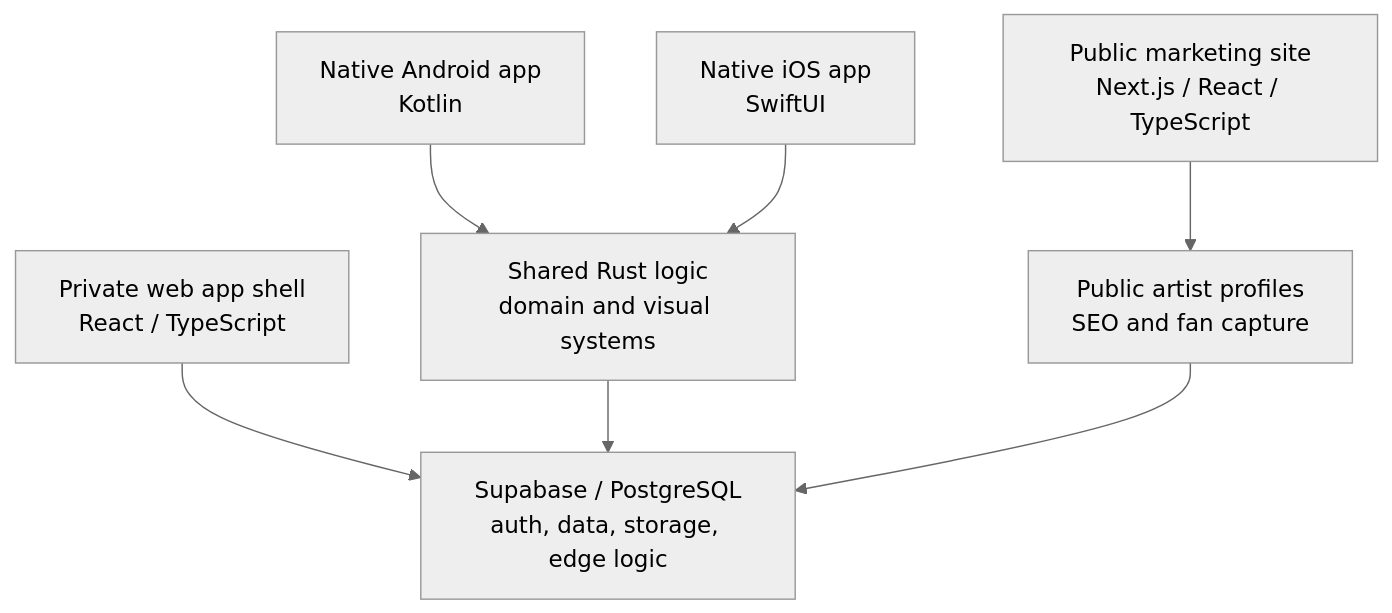
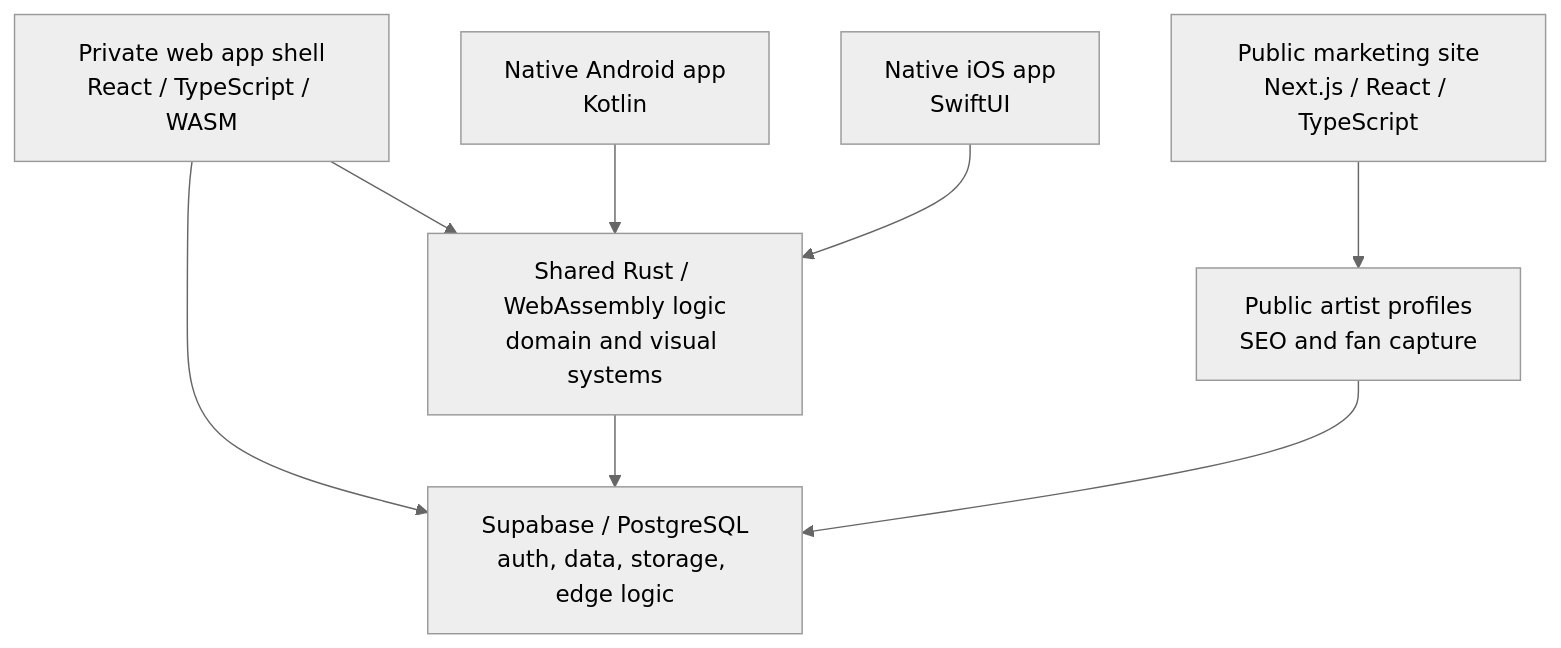
The diagram in README.md (alecrees/metopus-product-case-study), drawn with Mermaid (neutral theme) before and after one commit. The commit also changed other lines of this file and 1 other file, not shown here.

Commit message:
Clarify web app Rust and WASM architecture

````diff
--- a/README.md
+++ b/README.md
@@ -34,9 +34,10 @@
 ```mermaid
 flowchart TD
     A["Public marketing site<br/>Next.js / React / TypeScript"] --> B["Public artist profiles<br/>SEO and fan capture"]
-    C["Private web app shell<br/>React / TypeScript"] --> F["Supabase / PostgreSQL<br/>auth, data, storage, edge logic"]
-    D["Native Android app<br/>Kotlin"] --> G["Shared Rust logic<br/>domain and visual systems"]
+    C["Private web app shell<br/>React / TypeScript / WASM"] --> F["Supabase / PostgreSQL<br/>auth, data, storage, edge logic"]
+    C --> G["Shared Rust / WebAssembly logic<br/>domain and visual systems"]
+    D["Native Android app<br/>Kotlin"] --> G
     E["Native iOS app<br/>SwiftUI"] --> G
     G --> F
     B --> F
 ```
````
